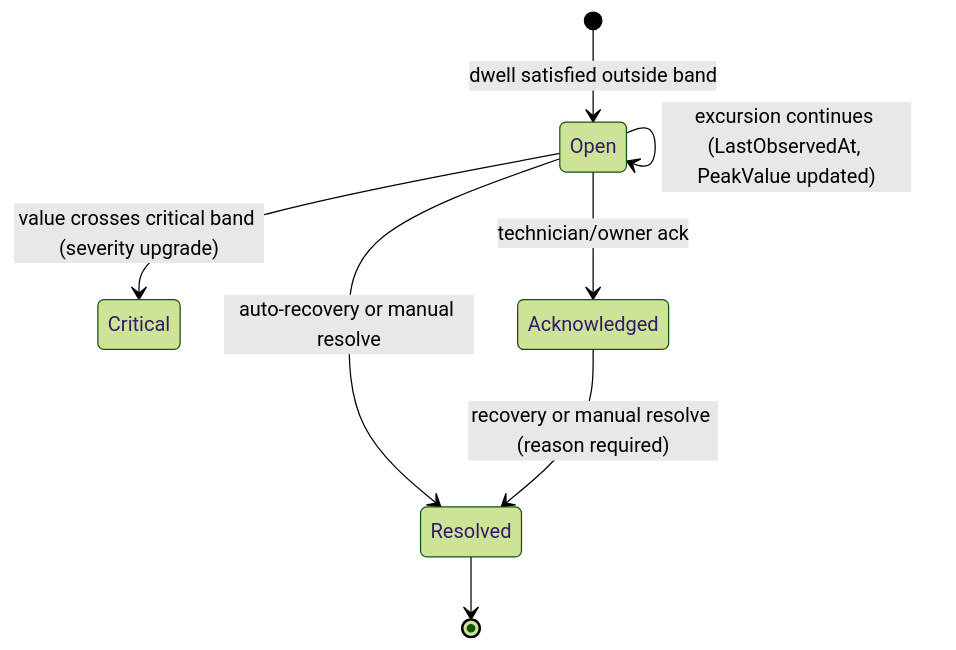
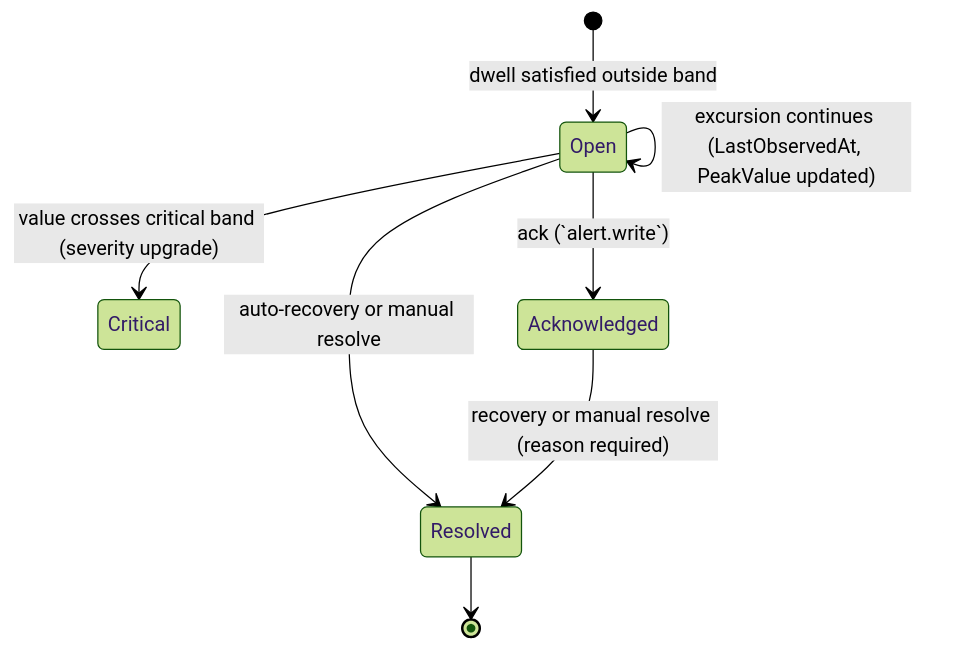
One commit to N3m310/smartreptile changed the third of 3 diagrams in docs/02-design/02-domain-and-data-model.md. Above: the diagram before and after it, drawn with Mermaid (forest theme). The commit also changed other lines of this file and 226 other files, not shown here.

````diff
--- a/docs/02-design/02-domain-and-data-model.md
+++ b/docs/02-design/02-domain-and-data-model.md
@@ -338,10 +360,10 @@
 ```mermaid
 stateDiagram-v2
   [*] --> Open: dwell satisfied outside band
   Open --> Open: excursion continues (LastObservedAt, PeakValue updated)
   Open --> Critical: value crosses critical band (severity upgrade)
-  Open --> Acknowledged: technician/owner ack
+  Open --> Acknowledged: ack (`alert.write`)
   Open --> Resolved: auto-recovery or manual resolve
   Acknowledged --> Resolved: recovery or manual resolve (reason required)
   Resolved --> [*]
 ```
````
